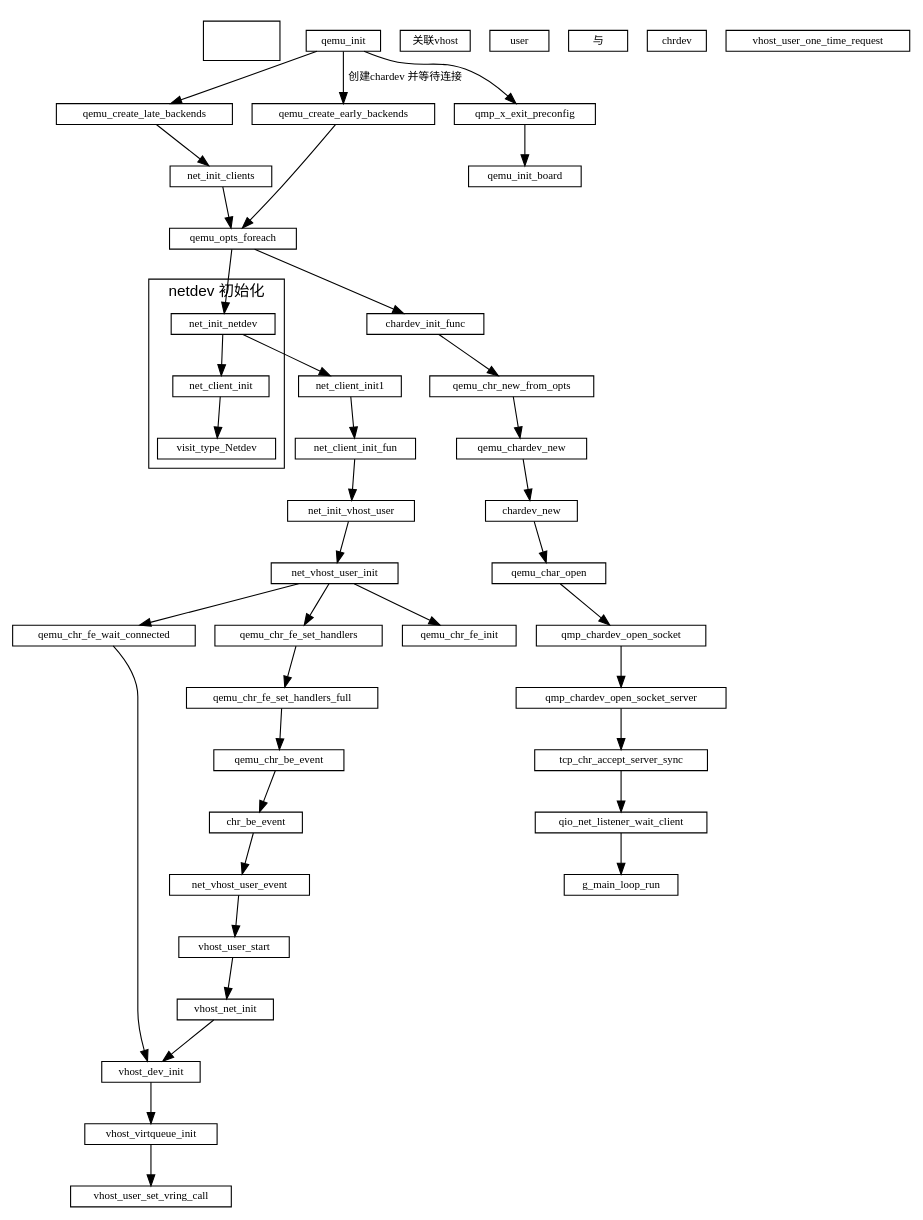
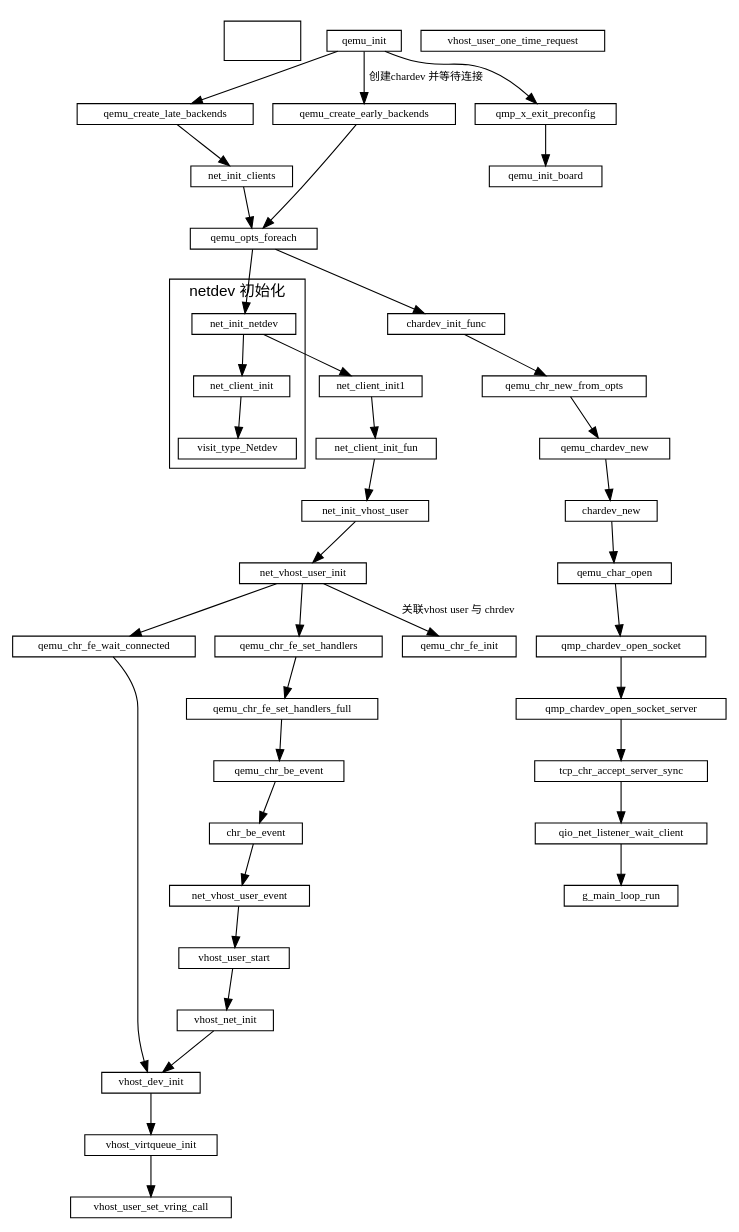
One commit to sisyphus1212/note changed the diagram in qemu/qemu初始化.md. Above: the diagram before and after it, drawn with Graphviz.

Commit message:
auto_update

````diff
--- a/qemu/qemu初始化.md
+++ b/qemu/qemu初始化.md
@@ -11,68 +11,68 @@
 ```graphviz
 digraph {
     fontname="Helvetica,Arial,sans-serif"
     //node [fontname="Helvetica,Arial,sans-serif"]
     //edge [fontname="Helvetica,Arial,sans-serif"]
     //rankdir="LR"
     node [fontsize=10, shape=record, height=0.25]
     edge [fontsize=10]
 
     subgraph  {
         cluster=true
         fd  [style = invis]
     }
 
 
     qemu_init -> qemu_create_late_backends
               -> net_init_clients
               -> qemu_opts_foreach
               -> net_init_netdev
               -> net_client_init1
               -> net_client_init_fun
               -> net_init_vhost_user
               -> net_vhost_user_init
               -> qemu_chr_fe_wait_connected
               -> vhost_dev_init
 
     subgraph netdev_init {
         label="netdev 初始化";
         cluster=true;
         net_init_netdev
         -> net_client_init
         -> visit_type_Netdev
     }
 
     net_vhost_user_init -> qemu_chr_fe_set_handlers
                         -> qemu_chr_fe_set_handlers_full
                         -> qemu_chr_be_event
                         -> chr_be_event
                         -> net_vhost_user_event
                         -> vhost_user_start
                         -> vhost_net_init
                         -> vhost_dev_init
                         -> vhost_virtqueue_init
                         -> vhost_user_set_vring_call
 
-    net_vhost_user_init -> qemu_chr_fe_init 关联vhost user 与 chrdev
+    net_vhost_user_init -> qemu_chr_fe_init[label="关联vhost user 与 chrdev"]
 
     qemu_init -> qemu_create_early_backends[label="创建chardev 并等待连接"] qemu_create_early_backends -> qemu_opts_foreach
                       -> chardev_init_func
                       -> qemu_chr_new_from_opts
                       -> qemu_chardev_new
                       -> chardev_new
                       -> qemu_char_open
                       -> qmp_chardev_open_socket
                       -> qmp_chardev_open_socket_server
                       -> tcp_chr_accept_server_sync
                       -> qio_net_listener_wait_client
                       -> g_main_loop_run
 
     qemu_init -> qmp_x_exit_preconfig -> qemu_init_board // 初始化cpu 内存
 
     vhost_dev_init
 
     net_vhost_user_event
 
     vhost_user_one_time_request
 }
 ```
````
